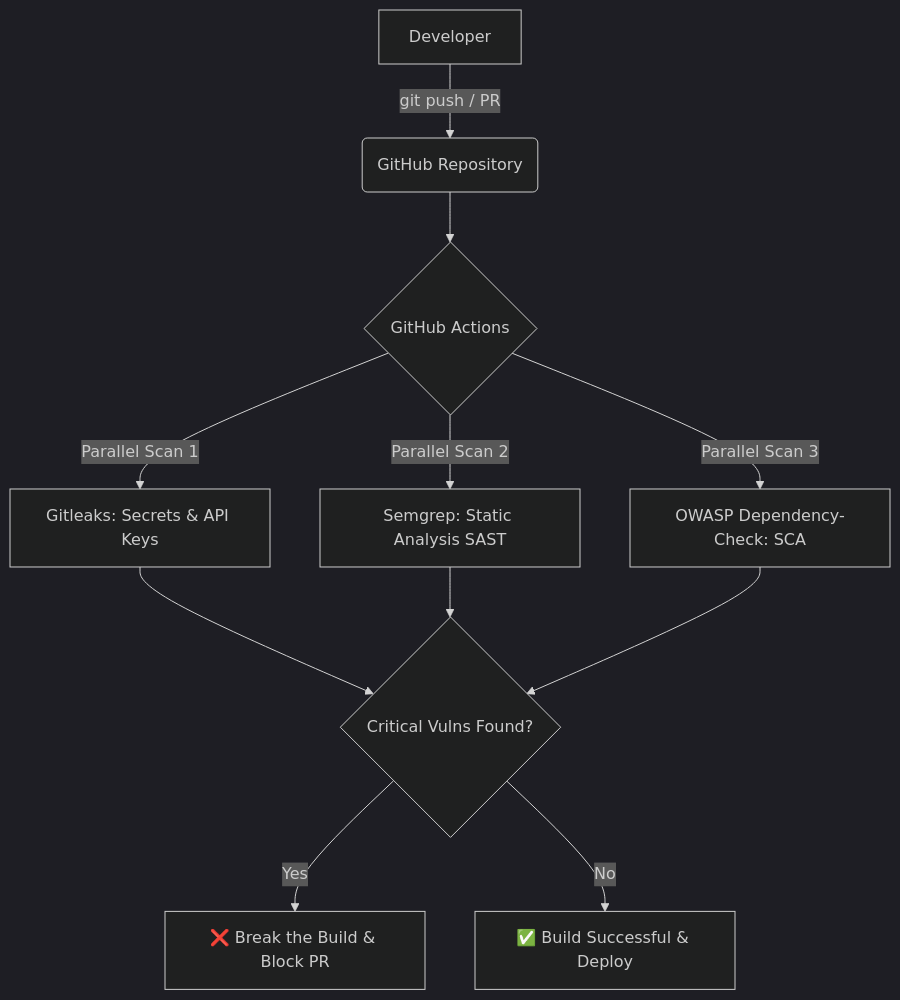
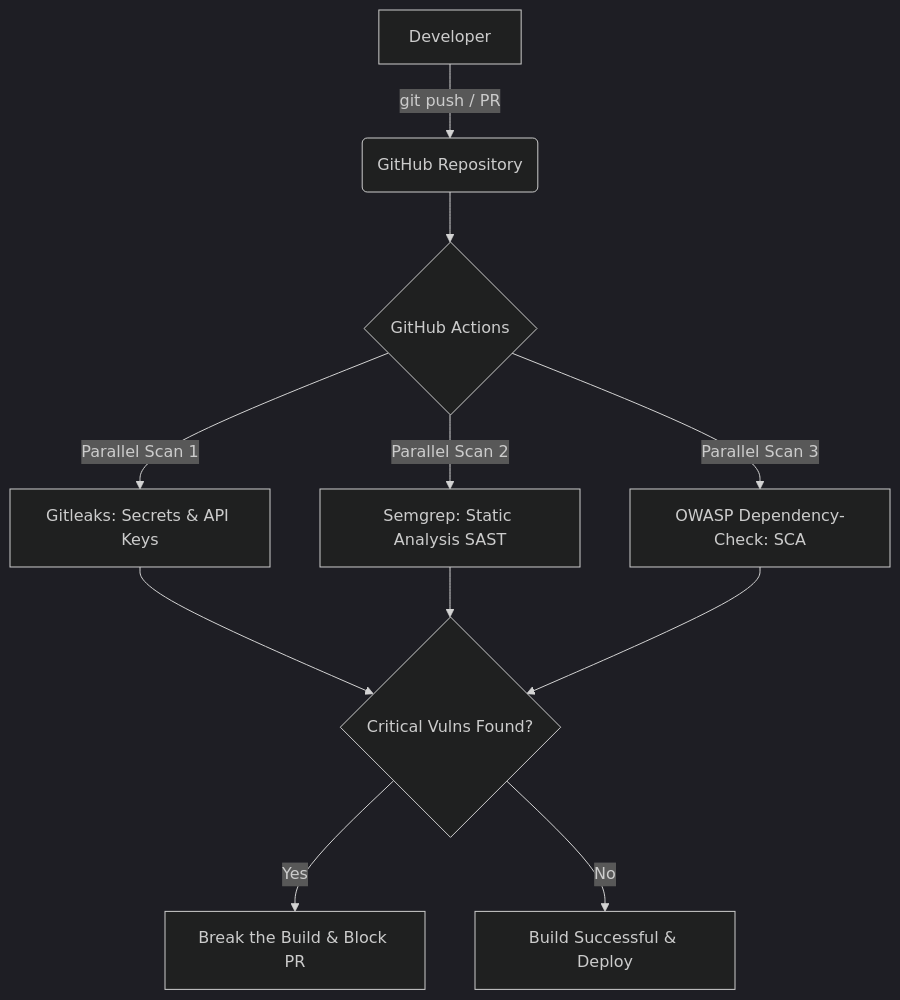
One commit to Samuel-DD07/secure-react-pipeline changed the diagram in README.md. Above: the diagram before and after it, drawn with Mermaid (dark theme). The commit also changed other lines of this file, not shown here.

````diff
--- a/README.md
+++ b/README.md
@@ -13,11 +13,11 @@
 ```mermaid
 graph TD
     A[Developer] -->|git push / PR| B(GitHub Repository)
     B --> C{GitHub Actions}
     C -->|Parallel Scan 1| D[Gitleaks: Secrets & API Keys]
     C -->|Parallel Scan 2| E[Semgrep: Static Analysis SAST]
     C -->|Parallel Scan 3| F[OWASP Dependency-Check: SCA]
     D & E & F --> G{Critical Vulns Found?}
-    G -->|Yes| H[❌ Break the Build & Block PR]
-    G -->|No| I[✅ Build Successful & Deploy]
+    G -->|Yes| H[Break the Build & Block PR]
+    G -->|No| I[Build Successful & Deploy]
 ```
````
